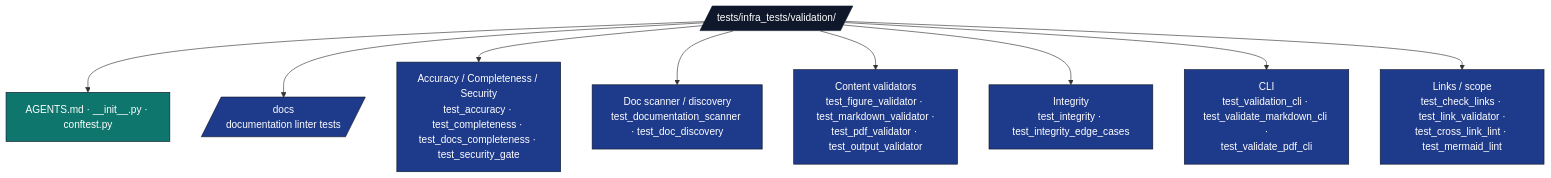
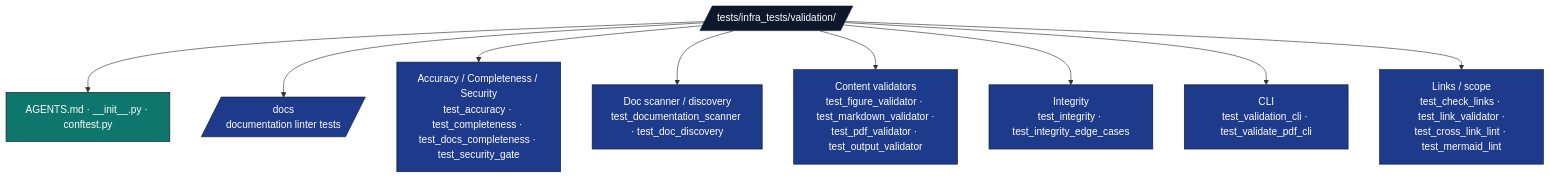
The diagram in tests/infra_tests/validation/AGENTS.md (docxology/template), drawn with Mermaid before and after one commit. The commit also changed 40 other files, not shown here.

First line of the commit message:
refactor: close thermo-nuclear remediation (poster, CLI, test splits, AGENTS stubs)

````diff
--- a/tests/infra_tests/validation/AGENTS.md
+++ b/tests/infra_tests/validation/AGENTS.md
@@ -9,19 +9,19 @@
 ```mermaid
 flowchart TB
     T[/tests/infra_tests/validation//]
     T --> META[AGENTS.md · __init__.py · conftest.py]
     T --> DOCS_DIR[/docs<br/>documentation linter tests/]
     T --> CFG[Accuracy / Completeness / Security<br/>test_accuracy · test_completeness · test_docs_completeness · test_security_gate]
     T --> DOC[Doc scanner / discovery<br/>test_documentation_scanner · test_doc_discovery]
     T --> CONTENT[Content validators<br/>test_figure_validator · test_markdown_validator ·<br/>test_pdf_validator · test_output_validator]
     T --> INT[Integrity<br/>test_integrity · test_integrity_edge_cases]
-    T --> CLI[CLI<br/>test_validation_cli · test_validate_markdown_cli ·<br/>test_validate_pdf_cli]
+    T --> CLI[CLI<br/>test_validation_cli · test_validate_pdf_cli]
     T --> INTEG[Links / scope<br/>test_check_links · test_link_validator ·<br/>test_cross_link_lint · test_mermaid_lint]
 
     classDef d fill:#0f172a,stroke:#0f172a,color:#fff
     classDef cat fill:#1e3a8a,stroke:#0f172a,color:#fff
     classDef doc fill:#0f766e,stroke:#0f172a,color:#fff
     class T d
     class CFG,DOC,CONTENT,INT,CLI,INTEG,DOCS_DIR cat
     class META doc
 ```
````
